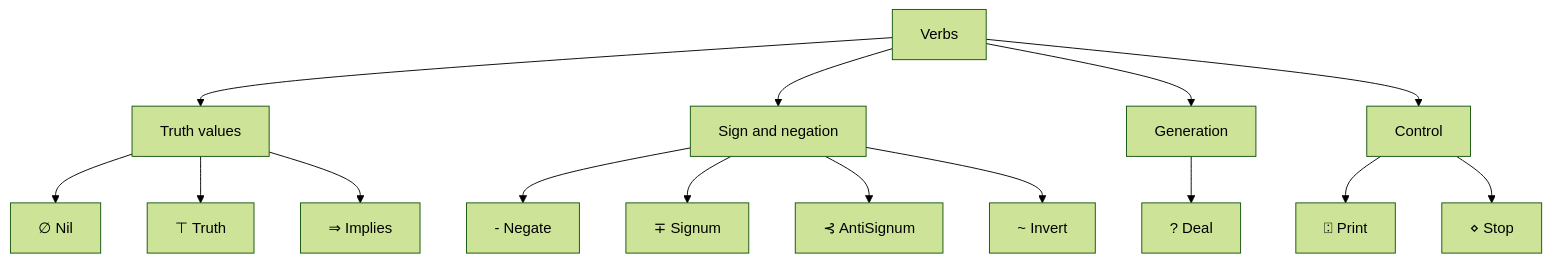
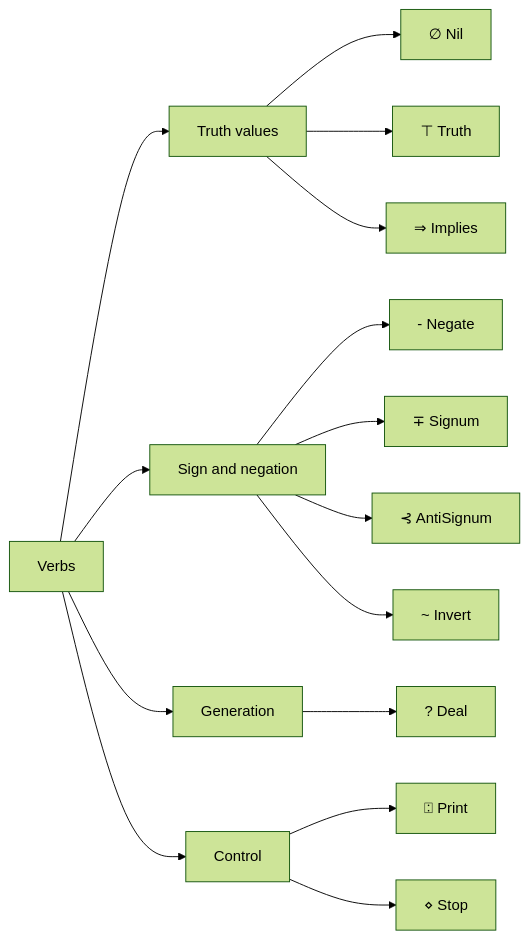
Before and after one commit to IronAutie/Wuxia-The-Manual: the diagram in manual-verb-index.md, drawn with Mermaid (forest theme).

Commit message:
Verb index: left-to-right layout (2026-10-12)

````diff
--- a/manual-verb-index.md
+++ b/manual-verb-index.md
@@ -3,27 +3,27 @@
 ```mermaid
-graph TD
+graph LR
     V["Verbs"] --> T["Truth values"]
     V --> S["Sign and negation"]
     V --> G["Generation"]
     V --> C["Control"]
     T --> Nil["∅ Nil"]
     T --> Truth["⊤ Truth"]
     T --> Implies["⇒ Implies"]
     S --> Negate["- Negate"]
     S --> Signum["∓ Signum"]
     S --> AntiSignum["⊰ AntiSignum"]
     S --> Invert["~ Invert"]
     G --> Deal["? Deal"]
     C --> Print["⍠ Print"]
     C --> Stop["⋄ Stop"]
     click Nil "manual-page-0-nil.md"
     click Truth "manual-page-back-truth.md"
     click Implies "manual-page-4-implies.md"
     click Negate "manual-page-1-negate.md"
     click Signum "manual-page-5-signum.md"
     click AntiSignum "manual-page-6-antisignum.md"
     click Invert "manual-page-3-invert.md"
     click Deal "manual-page-2-deal.md"
     click Print "manual-page-7-print.md"
     click Stop "manual-page-8-diamond.md"
 ```
````
